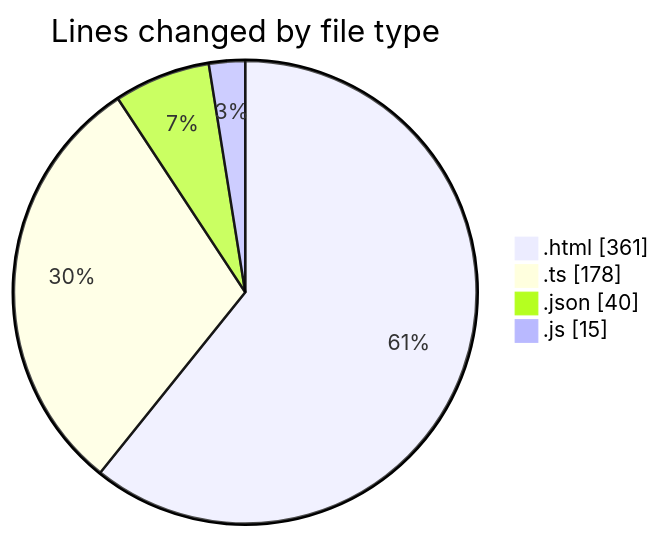
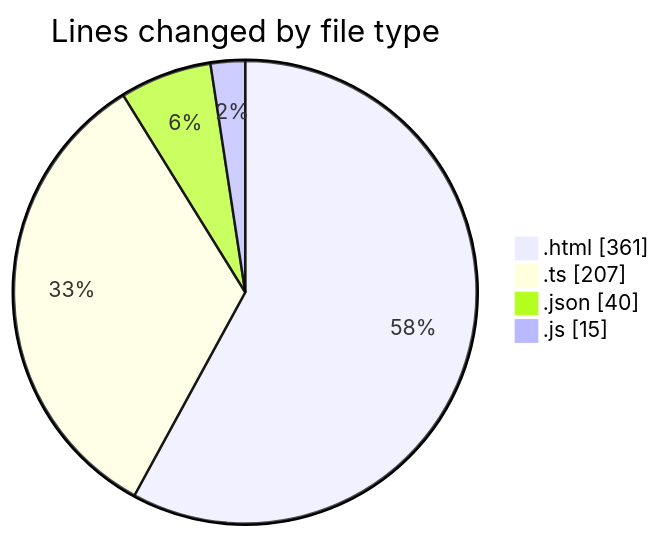
Before and after one commit to momahboobian/code-tracking: the first of 2 diagrams in 2025-05-15/news-clock-system-caspercg/README.md, drawn with Mermaid. The commit also changed other lines of this file and 1 other file, not shown here.

````diff
--- a/2025-05-15/news-clock-system-caspercg/README.md
+++ b/2025-05-15/news-clock-system-caspercg/README.md
@@ -27,8 +28,8 @@
 ```mermaid
 pie showData
 title Lines changed by file type
 ".html" : 361
-".ts" : 178
+".ts" : 207
 ".json" : 40
 ".js" : 15
 ```
````
